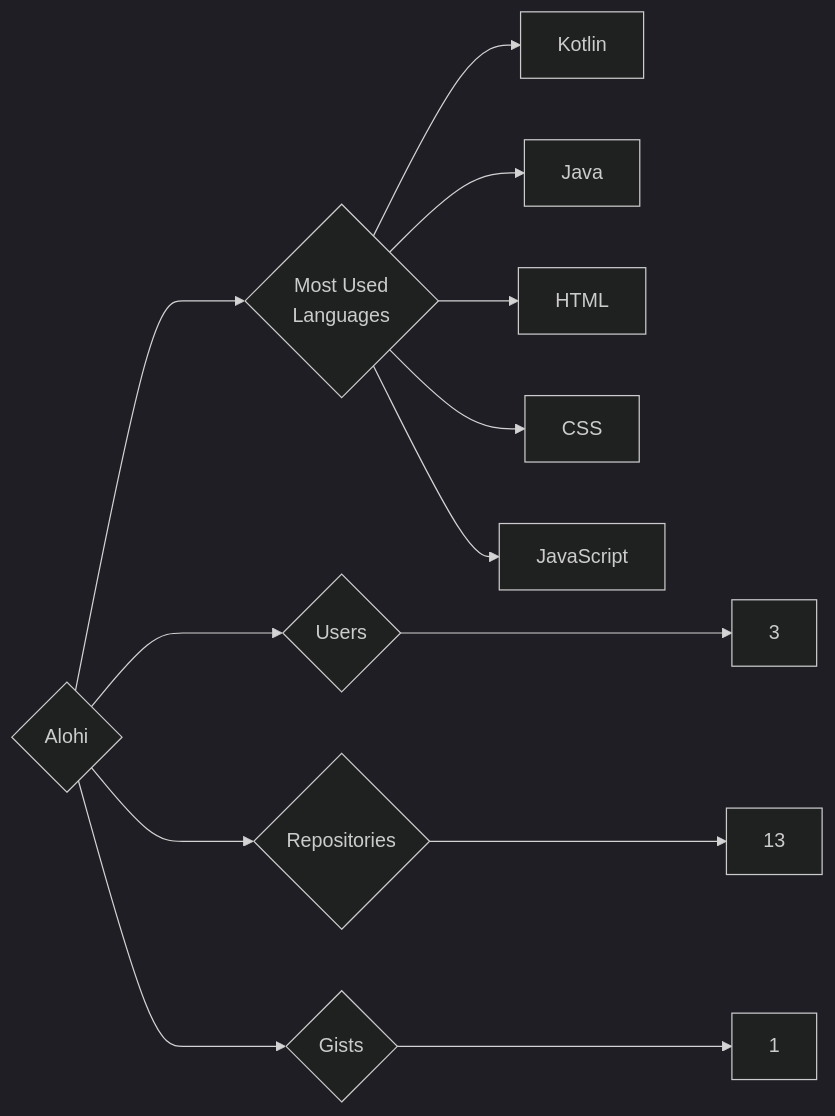
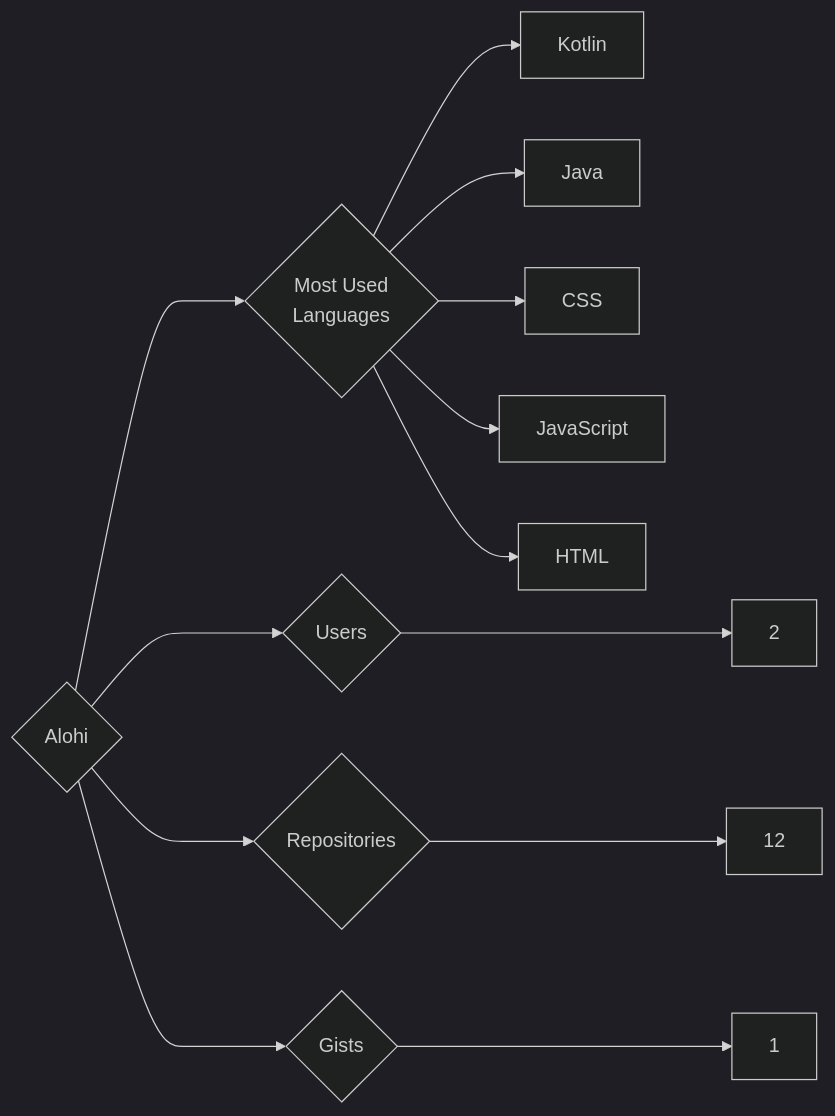
Before and after one commit to trickest/insiders: the diagram in targets/Alohi/README.md, drawn with Mermaid (dark theme). The commit also changed 900 other files, not shown here.

````diff
--- a/targets/Alohi/README.md
+++ b/targets/Alohi/README.md
@@ -3,13 +3,13 @@
 ```mermaid
 graph LR
 COMPANY_NAME{Alohi}
-COMPANY_NAME ---> U{Users} ---> UN[3]
-COMPANY_NAME ---> R{Repositories} ---> RN[13]
+COMPANY_NAME ---> U{Users} ---> UN[2]
+COMPANY_NAME ---> R{Repositories} ---> RN[12]
 COMPANY_NAME ---> G{Gists} ---> GN[1]
 COMPANY_NAME ---> ML{Most Used<br>Languages}
 ML --> Kotlin[Kotlin]
 ML --> Java[Java]
-ML --> HTML[HTML]
 ML --> CSS[CSS]
 ML --> JavaScript[JavaScript]
+ML --> HTML[HTML]
 ```
````
